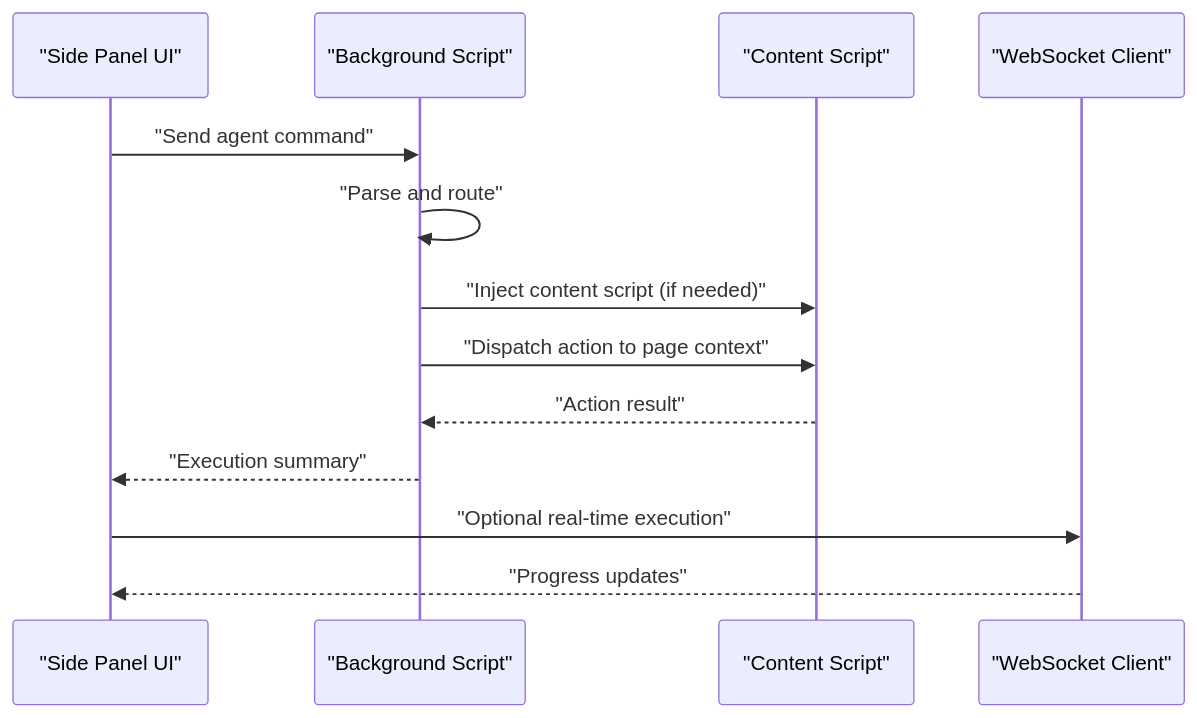
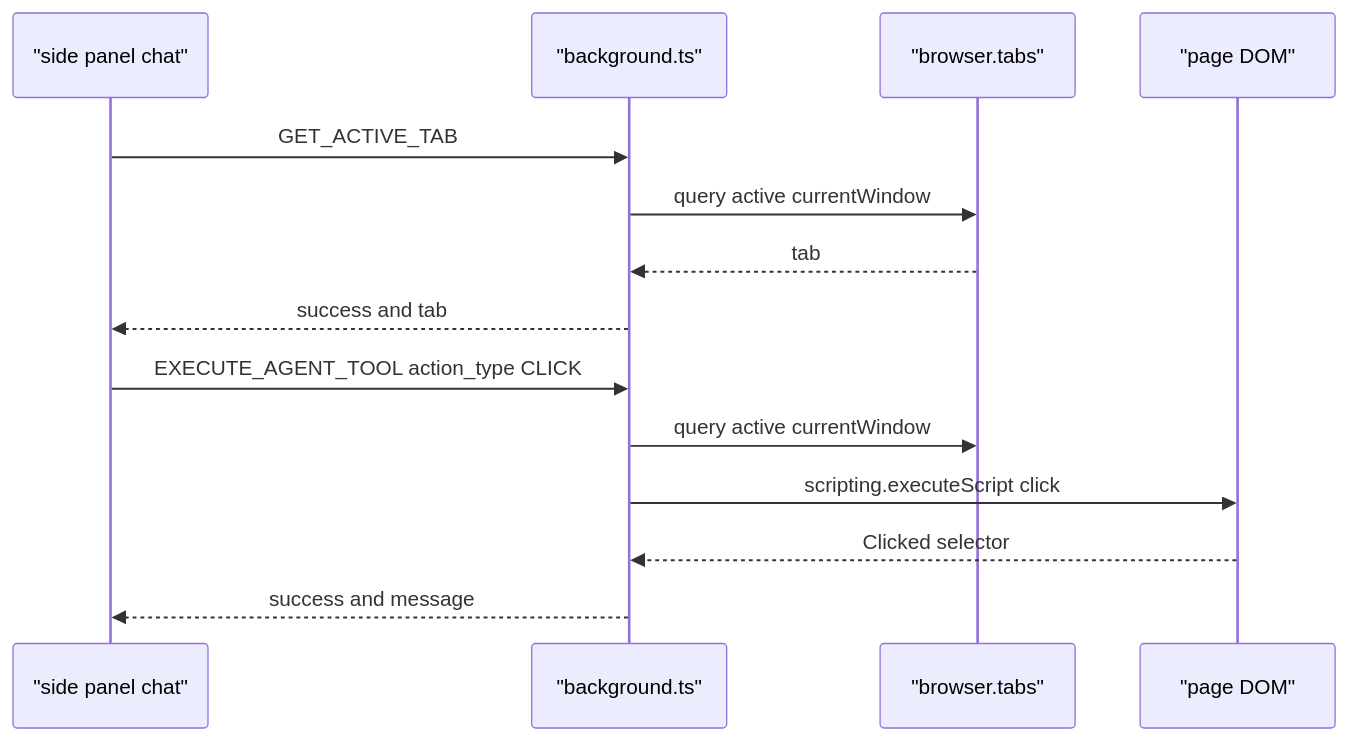
One commit to tashifkhan/tashif.codes changed the second of 6 diagrams in src/data/docs/agentic-browser/Browser Automation/Extension Architecture and Components.md. Above: the diagram before and after it, drawn with Mermaid. The commit also changed other lines of this file and 114 other files, not shown here.

````diff
--- a/src/data/docs/agentic-browser/Browser Automation/Extension Architecture and Components.md
+++ b/src/data/docs/agentic-browser/Browser Automation/Extension Architecture and Components.md
@@ -58,15 +64,16 @@
 ```mermaid
 sequenceDiagram
-participant UI as "Side Panel UI"
-participant BG as "Background Script"
-participant CS as "Content Script"
-participant WS as "WebSocket Client"
-UI->>BG : "Send agent command"
-BG->>BG : "Parse and route"
-BG->>CS : "Inject content script (if needed)"
-BG->>CS : "Dispatch action to page context"
-CS-->>BG : "Action result"
-BG-->>UI : "Execution summary"
-UI->>WS : "Optional real-time execution"
-WS-->>UI : "Progress updates"
+  participant SP as "side panel chat"
+  participant BG as "background.ts"
+  participant Tabs as "browser.tabs"
+  participant Page as "page DOM"
+  SP->>BG: GET_ACTIVE_TAB
+  BG->>Tabs: query active currentWindow
+  Tabs-->>BG: tab
+  BG-->>SP: success and tab
+  SP->>BG: EXECUTE_AGENT_TOOL action_type CLICK
+  BG->>Tabs: query active currentWindow
+  BG->>Page: scripting.executeScript click
+  Page-->>BG: Clicked selector
+  BG-->>SP: success and message
 ```
````
